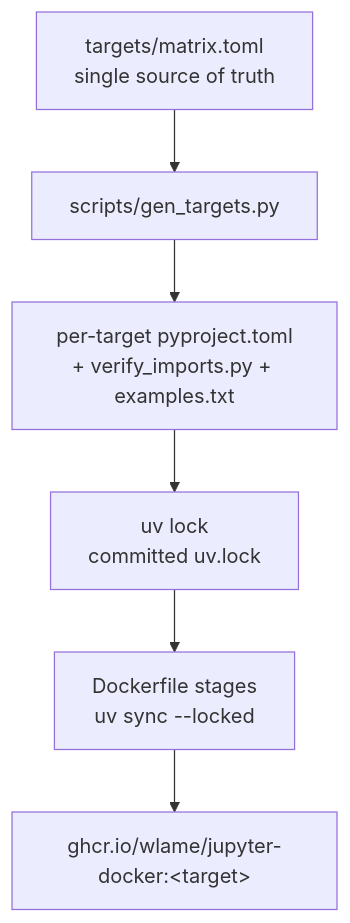
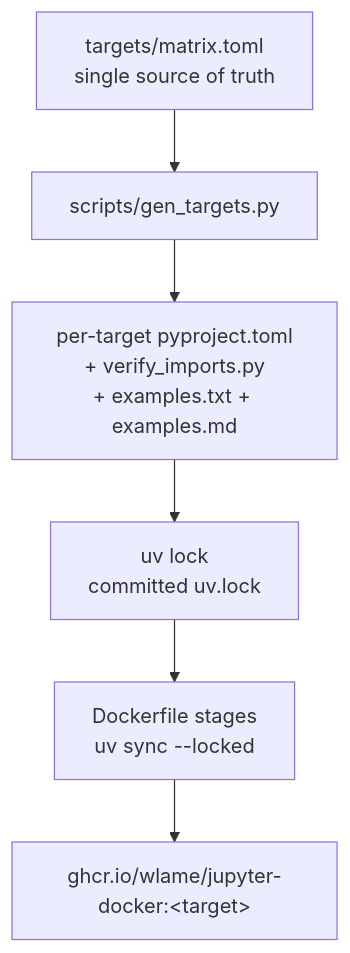
One commit to wlame/jupyter-docker changed the diagram in docs/about.md. Above: the diagram before and after it, drawn with Mermaid. The commit also changed other lines of this file and 71 other files, not shown here.

Commit message:
Ship a README with each image's examples and add twelve new examples, one per image.

````diff
--- a/docs/about.md
+++ b/docs/about.md
@@ -54,8 +54,8 @@
 ```mermaid
 flowchart TD
     A[targets/matrix.toml<br/>single source of truth] --> B[scripts/gen_targets.py]
-    B --> C[per-target pyproject.toml<br/>+ verify_imports.py + examples.txt]
+    B --> C[per-target pyproject.toml<br/>+ verify_imports.py<br/>+ examples.txt + examples.md]
     C --> L[uv lock<br/>committed uv.lock]
     L --> D[Dockerfile stages<br/>uv sync --locked]
     D --> E[ghcr.io/wlame/jupyter-docker:&lt;target&gt;]
 ```
````
